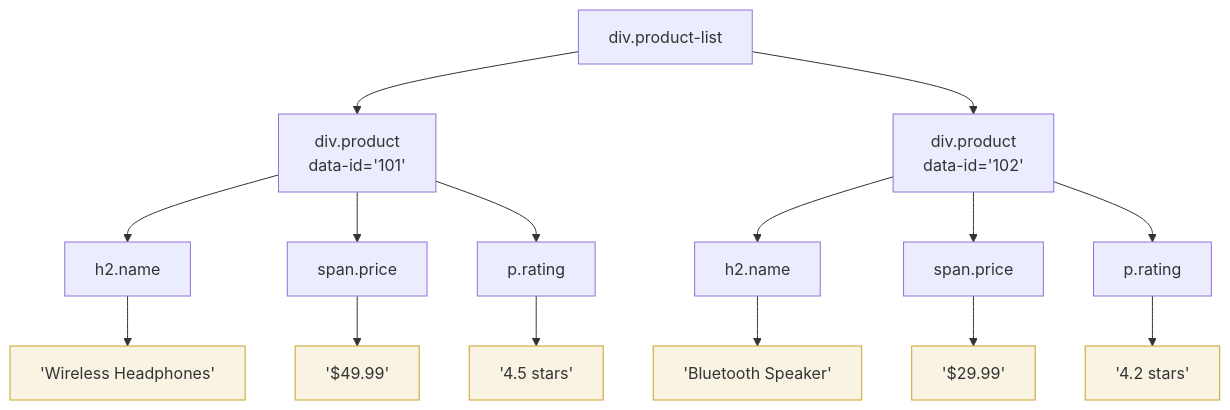
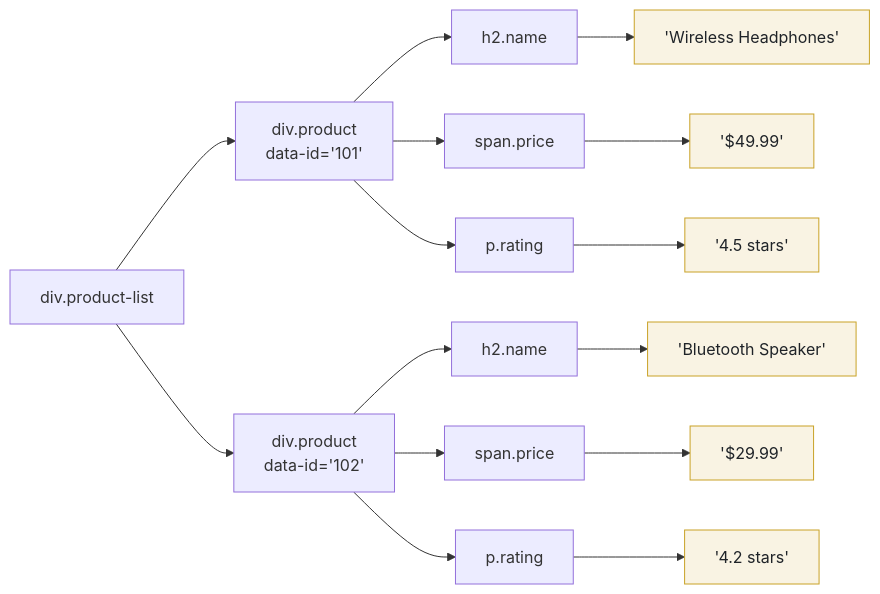
The fourth of 5 diagrams in _posts/2026-02-04-what-is-the-dom-visual-explanation-for-non-developers.md (bytetunnels/bytetunnels.github.com), drawn with Mermaid before and after one commit. The commit also changed other lines of this file and 118 other files, not shown here.

Commit message:
feat: improve diagram styling and compact wide flowcharts

````diff
--- a/_posts/2026-02-04-what-is-the-dom-visual-explanation-for-non-developers.md
+++ b/_posts/2026-02-04-what-is-the-dom-visual-explanation-for-non-developers.md
@@ -191,28 +191,28 @@
 ```mermaid
-graph TD
-    A["div.product-list"] --> B["div.product<br>data-id='101'"]
-    A --> C["div.product<br>data-id='102'"]
+graph LR
+    A["div.product-list"] --> B["div.product<br/>data-id='101'"]
+    A --> C["div.product<br/>data-id='102'"]
 
     B --> D["h2.name"]
     B --> E["span.price"]
     B --> F["p.rating"]
 
     D --> G["'Wireless Headphones'"]
     E --> H["'$49.99'"]
     F --> I["'4.5 stars'"]
 
     C --> J["h2.name"]
     C --> K["span.price"]
     C --> L["p.rating"]
 
     J --> M["'Bluetooth Speaker'"]
     K --> N["'$29.99'"]
     L --> O["'4.2 stars'"]
 
-    style G fill:#f9f3e3,stroke:#c9a227
-    style H fill:#f9f3e3,stroke:#c9a227
-    style I fill:#f9f3e3,stroke:#c9a227
-    style M fill:#f9f3e3,stroke:#c9a227
-    style N fill:#f9f3e3,stroke:#c9a227
-    style O fill:#f9f3e3,stroke:#c9a227
+    style G fill:#f9f3e3,stroke:#c9a227,color:#1f2328
+    style H fill:#f9f3e3,stroke:#c9a227,color:#1f2328
+    style I fill:#f9f3e3,stroke:#c9a227,color:#1f2328
+    style M fill:#f9f3e3,stroke:#c9a227,color:#1f2328
+    style N fill:#f9f3e3,stroke:#c9a227,color:#1f2328
+    style O fill:#f9f3e3,stroke:#c9a227,color:#1f2328
 ```
````
